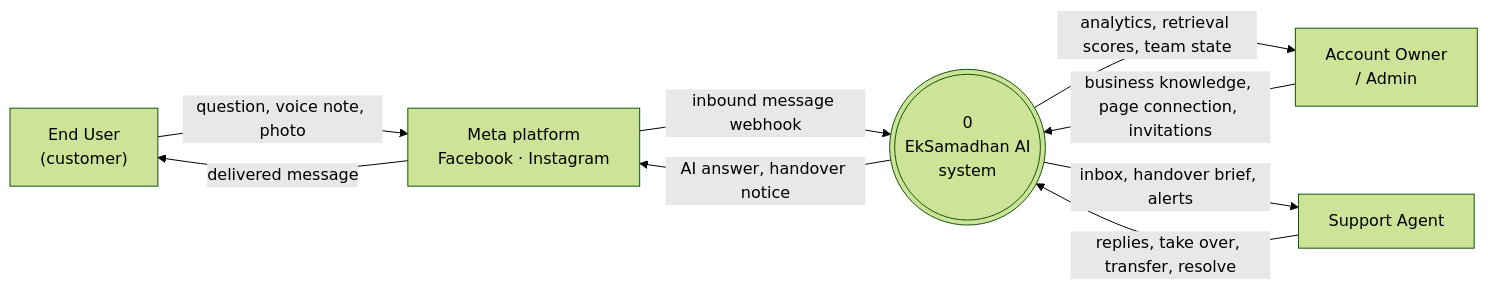
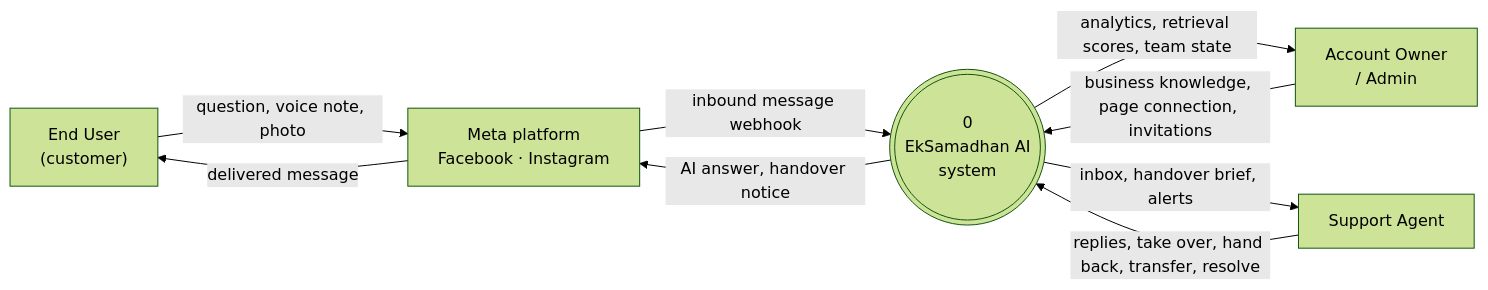
One commit to SayubShakya/eksamadhan-ai changed the diagram in docs/system-design/new-system-design/workflow-diagram/level-0-data-flow-diagram/README.md. Above: the diagram before and after it, drawn with Mermaid (forest theme). The commit also changed 65 other files, not shown here.

Commit message:
updated draw.io diagram

````diff
--- a/docs/system-design/new-system-design/workflow-diagram/level-0-data-flow-diagram/README.md
+++ b/docs/system-design/new-system-design/workflow-diagram/level-0-data-flow-diagram/README.md
@@ -11,20 +11,20 @@
 ```mermaid
 flowchart LR
     customer["End User<br/>(customer)"]
     agent["Support Agent"]
     admin["Account Owner<br/>/ Admin"]
     meta["Meta platform<br/>Facebook · Instagram"]
 
     system((("0<br/>EkSamadhan AI<br/>system")))
 
     customer -->|"question, voice note, photo"| meta
     meta -->|"inbound message webhook"| system
     system -->|"AI answer, handover notice"| meta
     meta -->|"delivered message"| customer
 
     admin -->|"business knowledge, page connection, invitations"| system
     system -->|"analytics, retrieval scores, team state"| admin
 
-    agent -->|"replies, take over, transfer, resolve"| system
+    agent -->|"replies, take over, hand back, transfer, resolve"| system
     system -->|"inbox, handover brief, alerts"| agent
 ```
````
